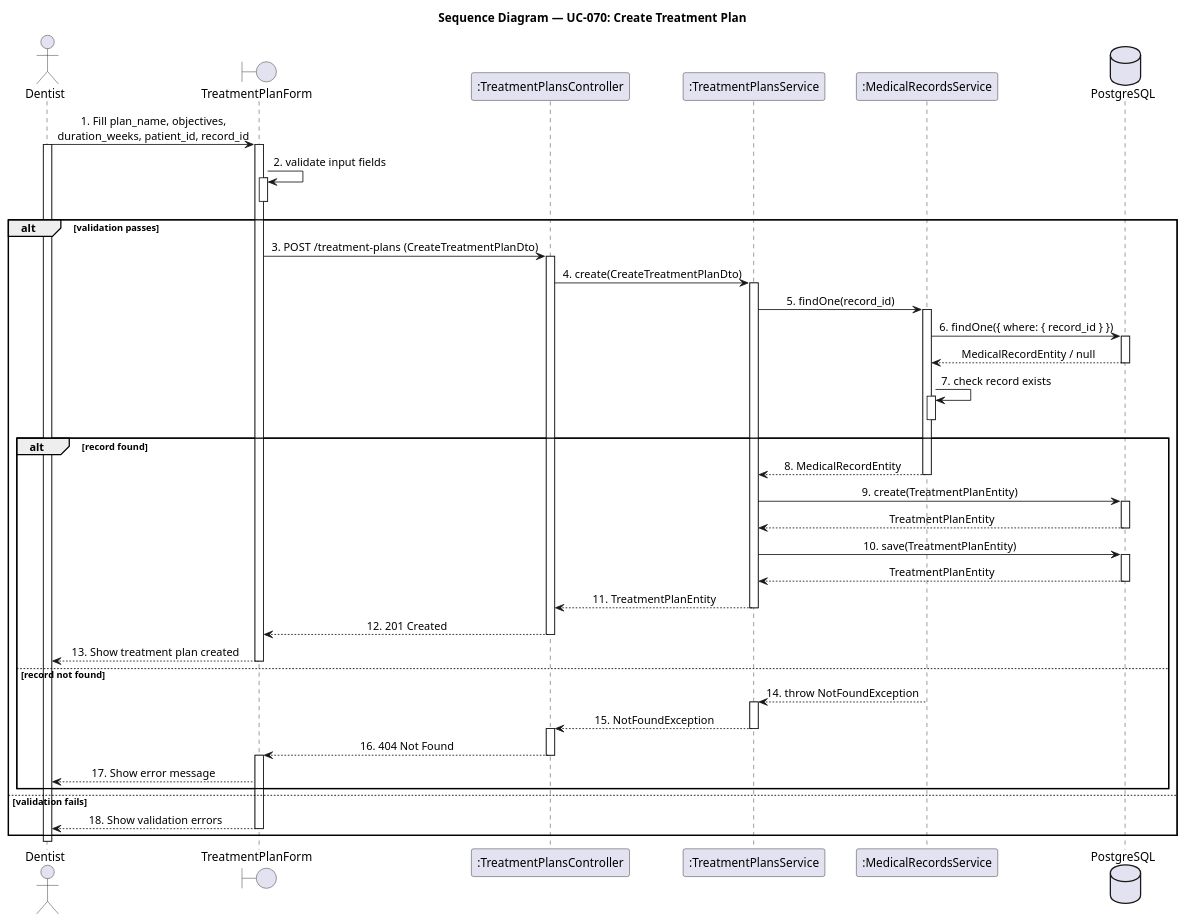
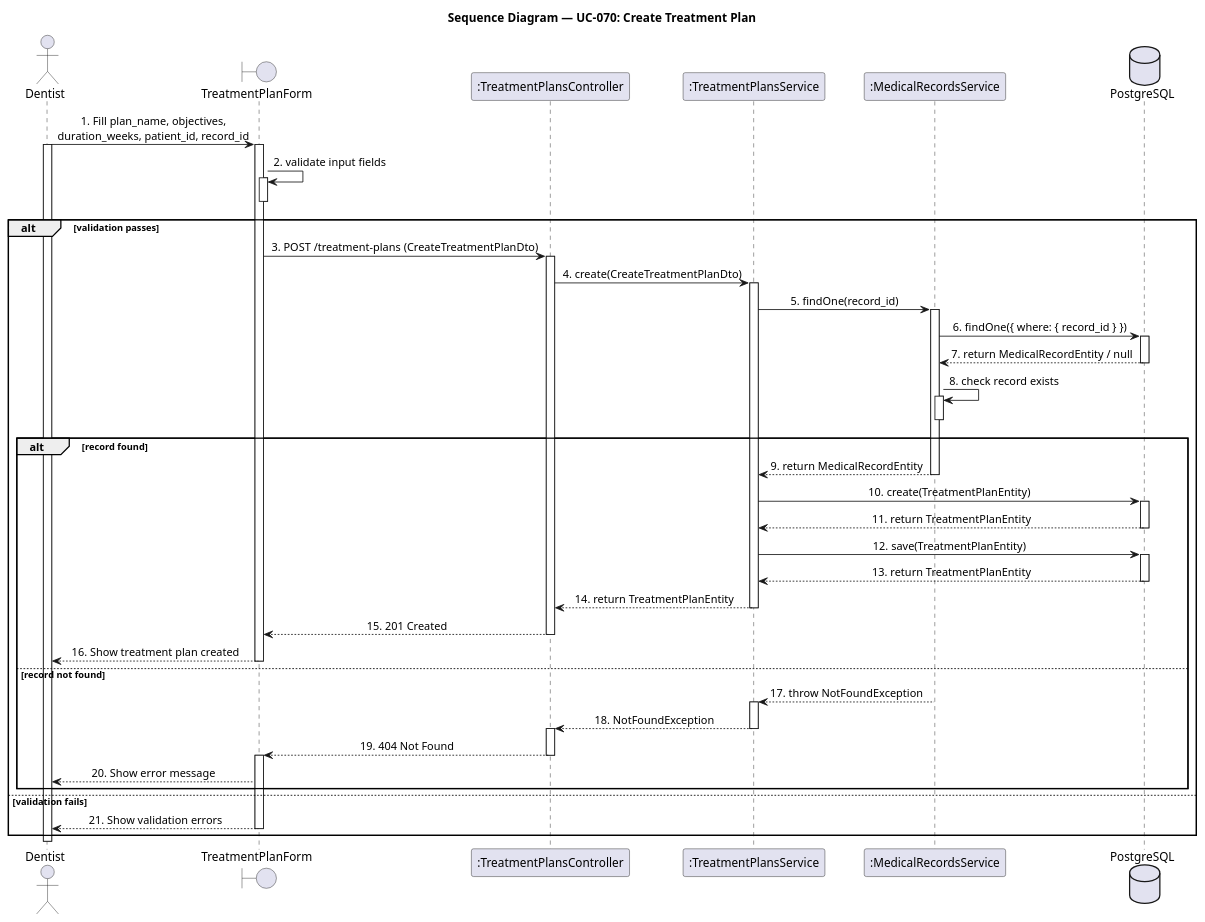
Before and after one commit to LTPPPP/Smart-Medical-Intelligent-Ledger-for-E-health-S.M.I.L.E-: the diagram in docs/sequence-diagram/UC70_CreateTreatmentPlan.puml, drawn with PlantUML. The commit also changed 177 other files, not shown here.

Commit message:
skill and doc class diagram

```diff
--- a/docs/sequence-diagram/UC70_CreateTreatmentPlan.puml
+++ b/docs/sequence-diagram/UC70_CreateTreatmentPlan.puml
@@ -1,80 +1,80 @@
 @startuml SequenceDiagram
 skinparam shadowing false
 skinparam sequenceMessageAlign center
 
 title Sequence Diagram — UC-070: Create Treatment Plan
 
 actor "Dentist" as user
 boundary "TreatmentPlanForm" as form
 participant ":TreatmentPlansController" as ctrl
 participant ":TreatmentPlansService" as svc
 participant ":MedicalRecordsService" as recSvc
 database "PostgreSQL" as db
 
 user -> form : 1. Fill plan_name, objectives,\nduration_weeks, patient_id, record_id
 activate user
 activate form
 
 form -> form : 2. validate input fields
 activate form
 deactivate form
 alt validation passes
   form -> ctrl : 3. POST /treatment-plans (CreateTreatmentPlanDto)
   activate ctrl
 
   ctrl -> svc : 4. create(CreateTreatmentPlanDto)
   activate svc
 
   svc -> recSvc : 5. findOne(record_id)
   activate recSvc
 
   recSvc -> db : 6. findOne({ where: { record_id } })
   activate db
-  db --> recSvc : MedicalRecordEntity / null
+  db --> recSvc : 7. return MedicalRecordEntity / null
   deactivate db
 
-  recSvc -> recSvc : 7. check record exists
+  recSvc -> recSvc : 8. check record exists
   activate recSvc
   deactivate recSvc
   alt record found
-    recSvc --> svc : 8. MedicalRecordEntity
+    recSvc --> svc : 9. return MedicalRecordEntity
     deactivate recSvc
 
-    svc -> db : 9. create(TreatmentPlanEntity)
+    svc -> db : 10. create(TreatmentPlanEntity)
     activate db
-    db --> svc : TreatmentPlanEntity
+    db --> svc : 11. return TreatmentPlanEntity
     deactivate db
 
-    svc -> db : 10. save(TreatmentPlanEntity)
+    svc -> db : 12. save(TreatmentPlanEntity)
     activate db
-    db --> svc : TreatmentPlanEntity
+    db --> svc : 13. return TreatmentPlanEntity
     deactivate db
 
-    svc --> ctrl : 11. TreatmentPlanEntity
+    svc --> ctrl : 14. return TreatmentPlanEntity
     deactivate svc
 
-    ctrl --> form : 12. 201 Created
+    ctrl --> form : 15. 201 Created
     deactivate ctrl
 
-    form --> user : 13. Show treatment plan created
+    form --> user : 16. Show treatment plan created
     deactivate form
   else record not found
-    recSvc --> svc : 14. throw NotFoundException
+    recSvc --> svc : 17. throw NotFoundException
     deactivate recSvc
     activate svc
-    svc --> ctrl : 15. NotFoundException
+    svc --> ctrl : 18. NotFoundException
     deactivate svc
     activate ctrl
-    ctrl --> form : 16. 404 Not Found
+    ctrl --> form : 19. 404 Not Found
     deactivate ctrl
     activate form
-    form --> user : 17. Show error message
+    form --> user : 20. Show error message
   end
 else validation fails
-  form --> user : 18. Show validation errors
+  form --> user : 21. Show validation errors
   deactivate form
 end
 
 deactivate user
 
 @enduml
```
